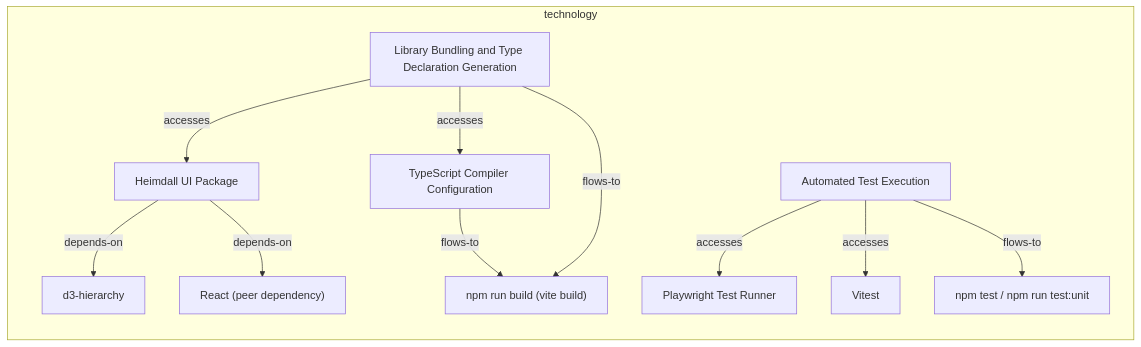
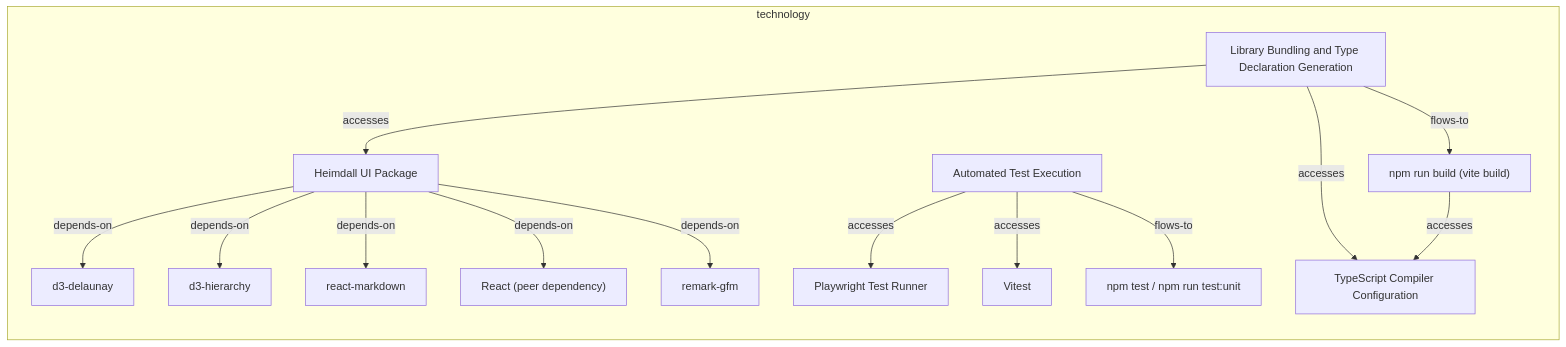
One commit to tinkermonkey/heimdall changed the first of 2 diagrams in documentation-robotics/reports/06-technology-layer-report.md. Above: the diagram before and after it, drawn with Mermaid. The commit also changed other lines of this file and 41 other files, not shown here.

````diff
--- a/documentation-robotics/reports/06-technology-layer-report.md
+++ b/documentation-robotics/reports/06-technology-layer-report.md
@@ -31,24 +31,30 @@
 ```mermaid
 flowchart LR
   subgraph technology
+    technology_artifact_d3_delaunay["d3-delaunay"]
     technology_artifact_d3_hierarchy["d3-hierarchy"]
     technology_artifact_heimdall_ui_package["Heimdall UI Package"]
     technology_artifact_playwright_test_runner["Playwright Test Runner"]
+    technology_artifact_react_markdown["react-markdown"]
     technology_artifact_react_peer_dependency["React (peer dependency)"]
+    technology_artifact_remark_gfm["remark-gfm"]
     technology_artifact_type_script_compiler_configuration["TypeScript Compiler Configuration"]
     technology_artifact_vitest["Vitest"]
     technology_technologyfunction_automated_test_execution["Automated Test Execution"]
     technology_technologyfunction_library_bundling_and_type_declaration_generation["Library Bundling and Type Declaration Generation"]
     technology_technologyprocess_npm_run_build_vite_build["npm run build (vite build)"]
     technology_technologyprocess_npm_test_npm_run_testunit["npm test / npm run test:unit"]
+    technology_artifact_heimdall_ui_package -->|depends-on| technology_artifact_d3_delaunay
     technology_artifact_heimdall_ui_package -->|depends-on| technology_artifact_d3_hierarchy
+    technology_artifact_heimdall_ui_package -->|depends-on| technology_artifact_react_markdown
     technology_artifact_heimdall_ui_package -->|depends-on| technology_artifact_react_peer_dependency
-    technology_artifact_type_script_compiler_configuration -->|flows-to| technology_technologyprocess_npm_run_build_vite_build
+    technology_artifact_heimdall_ui_package -->|depends-on| technology_artifact_remark_gfm
     technology_technologyfunction_automated_test_execution -->|accesses| technology_artifact_playwright_test_runner
     technology_technologyfunction_automated_test_execution -->|accesses| technology_artifact_vitest
     technology_technologyfunction_automated_test_execution -->|flows-to| technology_technologyprocess_npm_test_npm_run_testunit
     technology_technologyfunction_library_bundling_and_type_declaration_generation -->|accesses| technology_artifact_heimdall_ui_package
     technology_technologyfunction_library_bundling_and_type_declaration_generation -->|accesses| technology_artifact_type_script_compiler_configuration
     technology_technologyfunction_library_bundling_and_type_declaration_generation -->|flows-to| technology_technologyprocess_npm_run_build_vite_build
+    technology_technologyprocess_npm_run_build_vite_build -->|accesses| technology_artifact_type_script_compiler_configuration
   end
 ```
````
